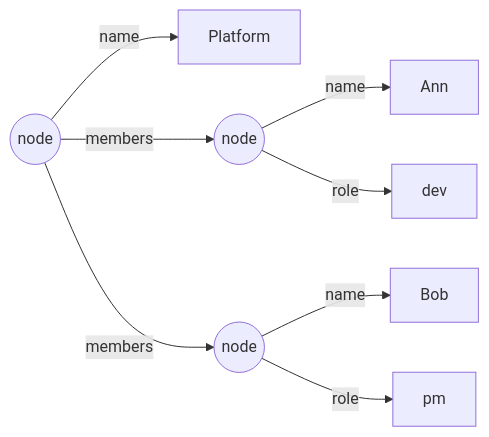
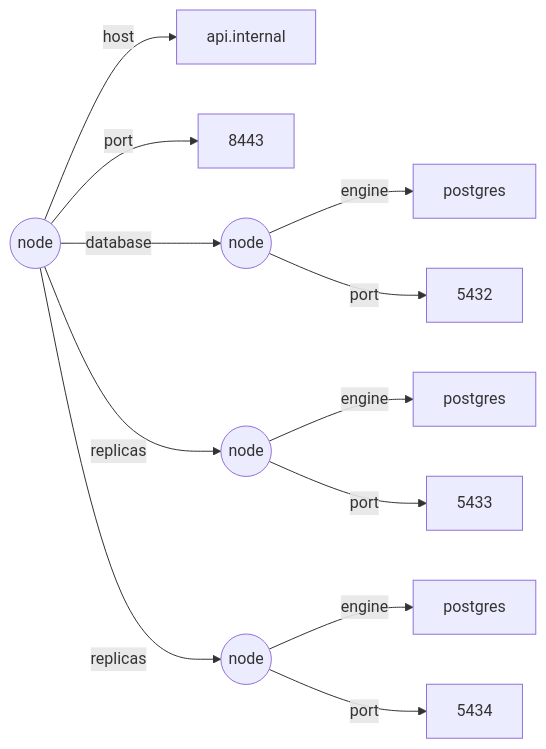
The first of 2 diagrams in docs/design/model.md (omnist-dev/omnist), drawn with Mermaid before and after one commit. The commit also changed other lines of this file and 5 other files, not shown here.

````diff
--- a/docs/design/model.md
+++ b/docs/design/model.md
@@ -473,10 +479,14 @@
 ```mermaid
 graph LR
-    Root(("node")) -->|name| Platform["Platform"]
-    Root -->|members| M1(("node"))
-    Root -->|members| M2(("node"))
-    M1 -->|name| Ann["Ann"]
-    M1 -->|role| Dev["dev"]
-    M2 -->|name| Bob["Bob"]
-    M2 -->|role| Pm["pm"]
+    Root(("node")) -->|host| Host["api.internal"]
+    Root -->|port| Port["8443"]
+    Root -->|database| D(("node"))
+    Root -->|replicas| R1(("node"))
+    Root -->|replicas| R2(("node"))
+    D -->|engine| DEngine["postgres"]
+    D -->|port| DPort["5432"]
+    R1 -->|engine| R1Engine["postgres"]
+    R1 -->|port| R1Port["5433"]
+    R2 -->|engine| R2Engine["postgres"]
+    R2 -->|port| R2Port["5434"]
 ```
````
